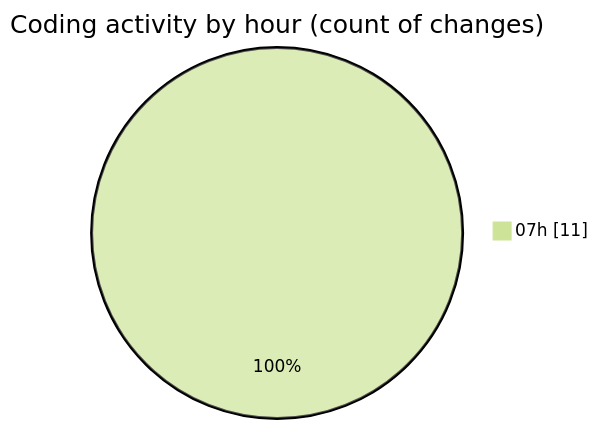
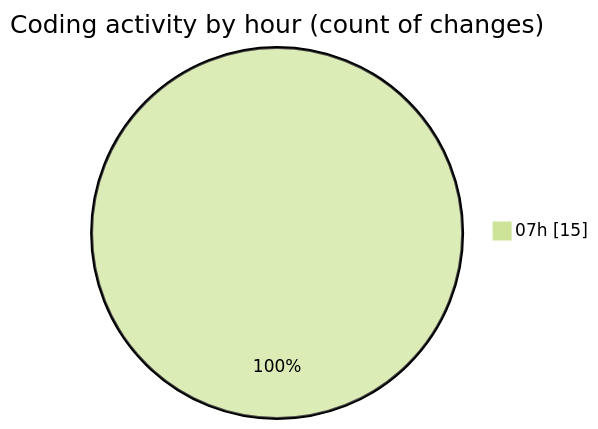
One commit to vahidmafi/code-tracking changed the second of 2 diagrams in 2025-10-04/shop/README.md. Above: the diagram before and after it, drawn with Mermaid (forest theme). The commit also changed other lines of this file and 1 other file, not shown here.

````diff
--- a/2025-10-04/shop/README.md
+++ b/2025-10-04/shop/README.md
@@ -30,5 +30,5 @@
 ```mermaid
 pie showData
 title Coding activity by hour (count of changes)
-"07h" : 11
+"07h" : 15
 ```
````
